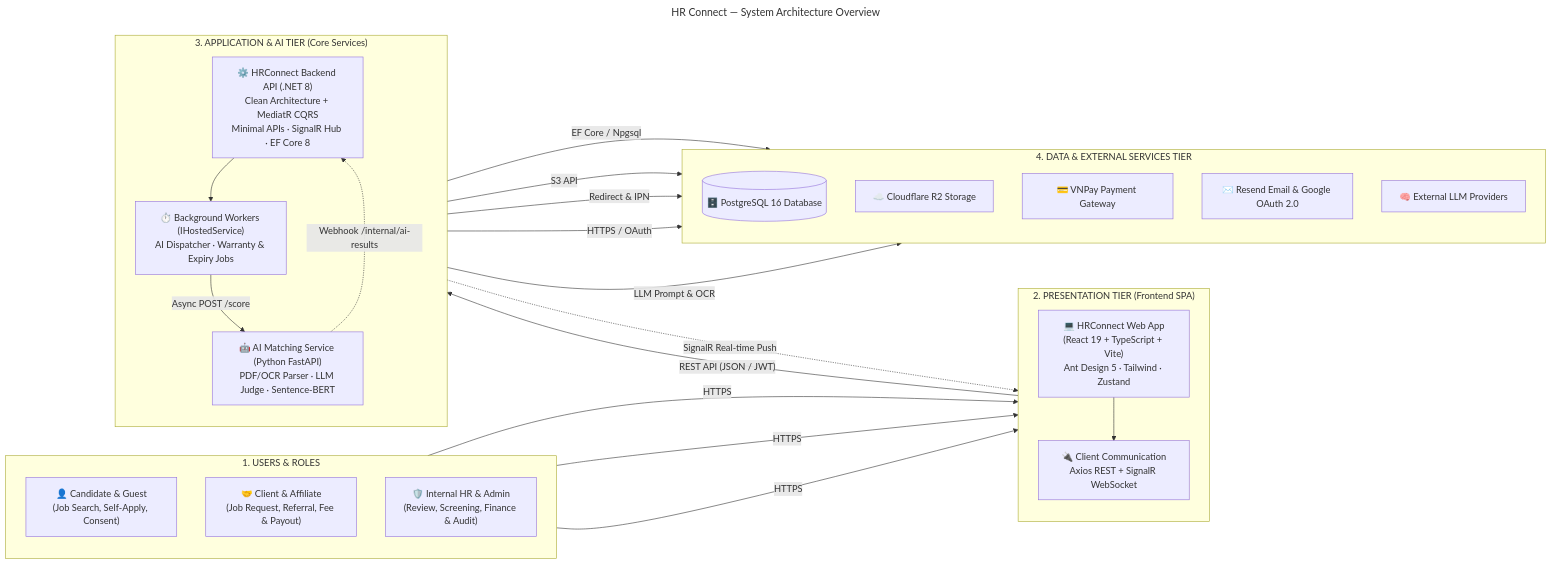
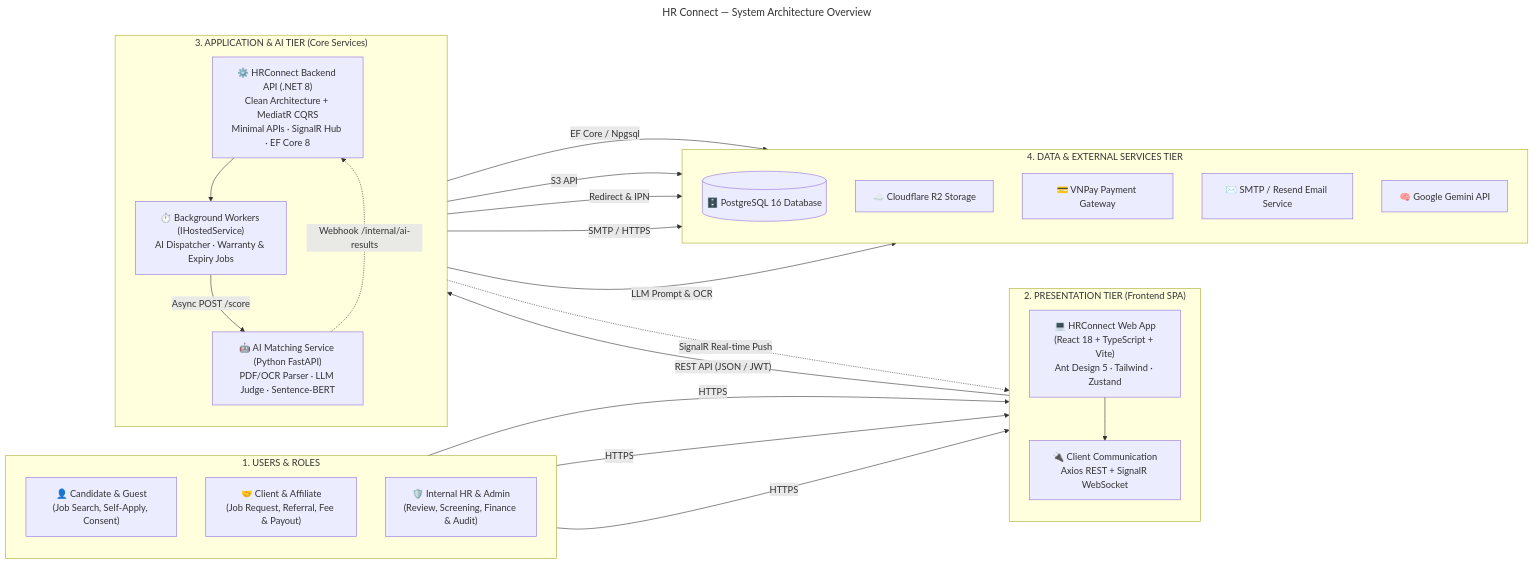
Before and after one commit to hoangqui794/hr-connect: the diagram in docs/diagrams/architecture/source/arch-hr-connect-overview.mmd, drawn with Mermaid. The commit also changed 40 other files, not shown here.

Commit message:
chore(mf02): update MF02 call flow specification and synchronize system state definitions

```diff
--- a/docs/diagrams/architecture/source/arch-hr-connect-overview.mmd
+++ b/docs/diagrams/architecture/source/arch-hr-connect-overview.mmd
@@ -1,45 +1,45 @@
 ---
 title: HR Connect — System Architecture Overview
 ---
 flowchart LR
   subgraph ACTORS["1. USERS & ROLES"]
     direction TB
     A_EXT["👤 Candidate & Guest<br/>(Job Search, Self-Apply, Consent)"]
     A_PART["🤝 Client & Affiliate<br/>(Job Request, Referral, Fee & Payout)"]
     A_INT["🛡️ Internal HR & Admin<br/>(Review, Screening, Finance & Audit)"]
   end
 
   subgraph CLIENT["2. PRESENTATION TIER (Frontend SPA)"]
     direction TB
-    FE_SPA["💻 HRConnect Web App<br/>(React 19 + TypeScript + Vite)<br/>Ant Design 5 · Tailwind · Zustand"]
+    FE_SPA["💻 HRConnect Web App<br/>(React 18 + TypeScript + Vite)<br/>Ant Design 5 · Tailwind · Zustand"]
     FE_COMM["🔌 Client Communication<br/>Axios REST + SignalR WebSocket"]
     FE_SPA --> FE_COMM
   end
 
   subgraph BACKEND["3. APPLICATION & AI TIER (Core Services)"]
     direction TB
     BE_API["⚙️ HRConnect Backend API (.NET 8)<br/>Clean Architecture + MediatR CQRS<br/>Minimal APIs · SignalR Hub · EF Core 8"]
     BE_WK["⏱️ Background Workers (IHostedService)<br/>AI Dispatcher · Warranty & Expiry Jobs"]
     AI_SVC["🤖 AI Matching Service (Python FastAPI)<br/>PDF/OCR Parser · LLM Judge · Sentence-BERT"]
     BE_API --> BE_WK
     BE_WK -->|"Async POST /score"| AI_SVC
     AI_SVC -.->|"Webhook /internal/ai-results"| BE_API
   end
 
   subgraph DATA["4. DATA & EXTERNAL SERVICES TIER"]
     direction TB
     DB[("🗄️ PostgreSQL 16 Database")]
     R2["☁️ Cloudflare R2 Storage"]
     VNPAY["💳 VNPay Payment Gateway"]
-    AUTH["✉️ Resend Email & Google OAuth 2.0"]
-    LLM["🧠 External LLM Providers"]
+    AUTH["✉️ SMTP / Resend Email Service"]
+    LLM["🧠 Google Gemini API"]
   end
 
   A_EXT & A_PART & A_INT -->|"HTTPS"| FE_SPA
   FE_COMM -->|"REST API (JSON / JWT)"| BE_API
   BE_API -.->|"SignalR Real-time Push"| FE_COMM
   BE_API -->|"EF Core / Npgsql"| DB
   BE_API -->|"S3 API"| R2
   BE_API -->|"Redirect & IPN"| VNPAY
-  BE_API -->|"HTTPS / OAuth"| AUTH
+  BE_API -->|"SMTP / HTTPS"| AUTH
   AI_SVC -->|"LLM Prompt & OCR"| LLM
```
